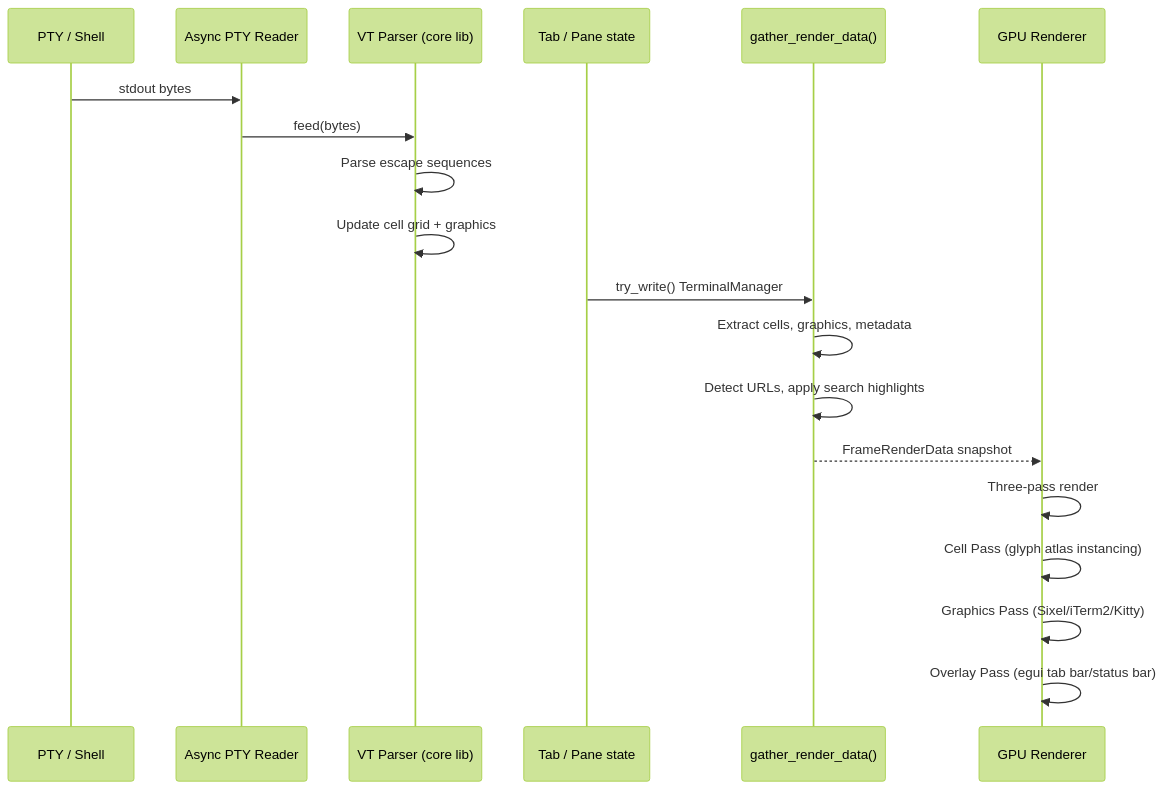
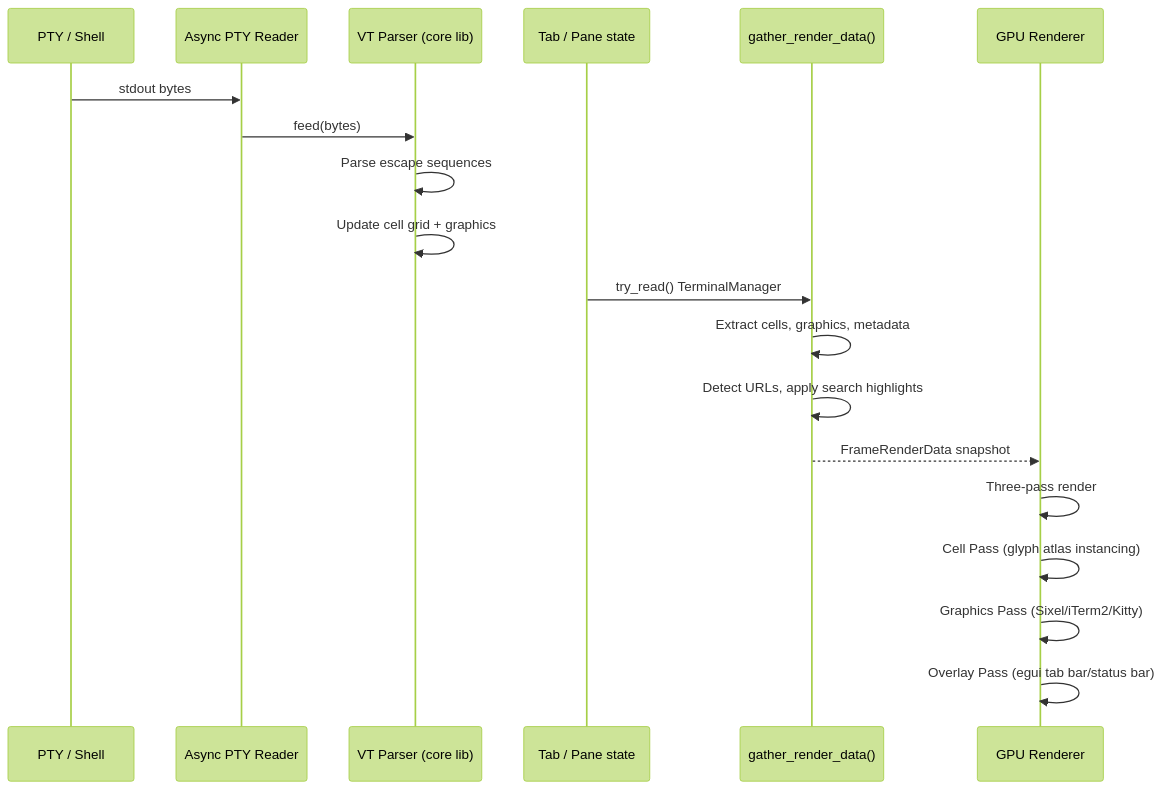
The third of 3 diagrams in docs/architecture/STATE_LIFECYCLE.md (paulrobello/par-term), drawn with Mermaid (forest theme) before and after one commit. The commit also changed other lines of this file and 27 other files, not shown here.

````diff
--- a/docs/architecture/STATE_LIFECYCLE.md
+++ b/docs/architecture/STATE_LIFECYCLE.md
@@ -257,22 +260,22 @@
 ```mermaid
 sequenceDiagram
     participant PTY as PTY / Shell
     participant Reader as Async PTY Reader
     participant Core as VT Parser (core lib)
     participant Tab as Tab / Pane state
     participant Gather as gather_render_data()
     participant GPU as GPU Renderer
 
     PTY->>Reader: stdout bytes
     Reader->>Core: feed(bytes)
     Core->>Core: Parse escape sequences
     Core->>Core: Update cell grid + graphics
-    Tab->>Gather: try_write() TerminalManager
+    Tab->>Gather: try_read() TerminalManager
     Gather->>Gather: Extract cells, graphics, metadata
     Gather->>Gather: Detect URLs, apply search highlights
     Gather-->>GPU: FrameRenderData snapshot
     GPU->>GPU: Three-pass render
     GPU->>GPU: Cell Pass (glyph atlas instancing)
     GPU->>GPU: Graphics Pass (Sixel/iTerm2/Kitty)
     GPU->>GPU: Overlay Pass (egui tab bar/status bar)
 ```
````
